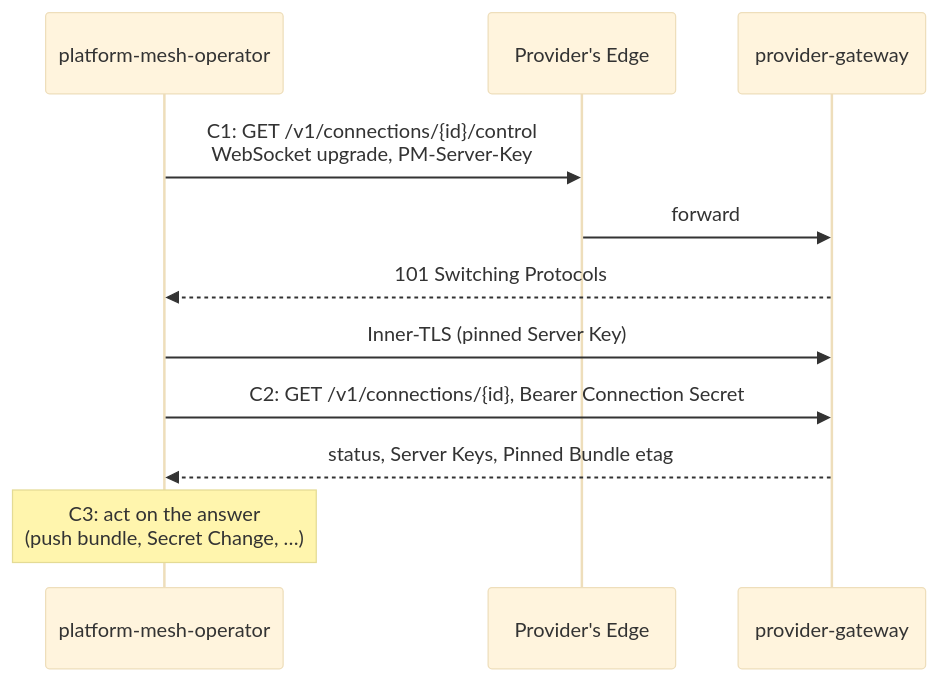
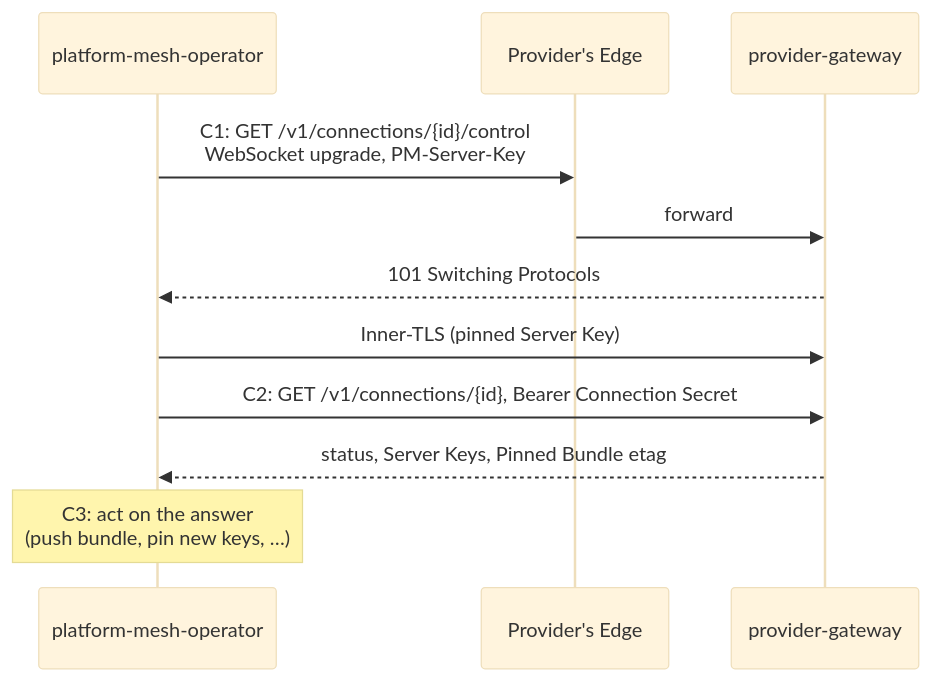
Before and after one commit to gman0/pm-architecture: the second of 4 diagrams in rfc/011-remote-provider-flow.md, drawn with Mermaid (base theme). The commit also changed other lines of this file, not shown here.

````diff
--- a/rfc/011-remote-provider-flow.md
+++ b/rfc/011-remote-provider-flow.md
@@ -544,13 +546,13 @@
 ```mermaid
 sequenceDiagram
     participant O as platform-mesh-operator
     participant E as Provider's Edge
     participant G as provider-gateway
     O->>E: C1: GET /v1/connections/{id}/control<br/>WebSocket upgrade, PM-Server-Key
     E->>G: forward
     G-->>O: 101 Switching Protocols
     O->>G: Inner-TLS (pinned Server Key)
     O->>G: C2: GET /v1/connections/{id}, Bearer Connection Secret
     G-->>O: status, Server Keys, Pinned Bundle etag
-    Note over O: C3: act on the answer<br/>(push bundle, Secret Change, …)
+    Note over O: C3: act on the answer<br/>(push bundle, pin new keys, …)
 ```
````
